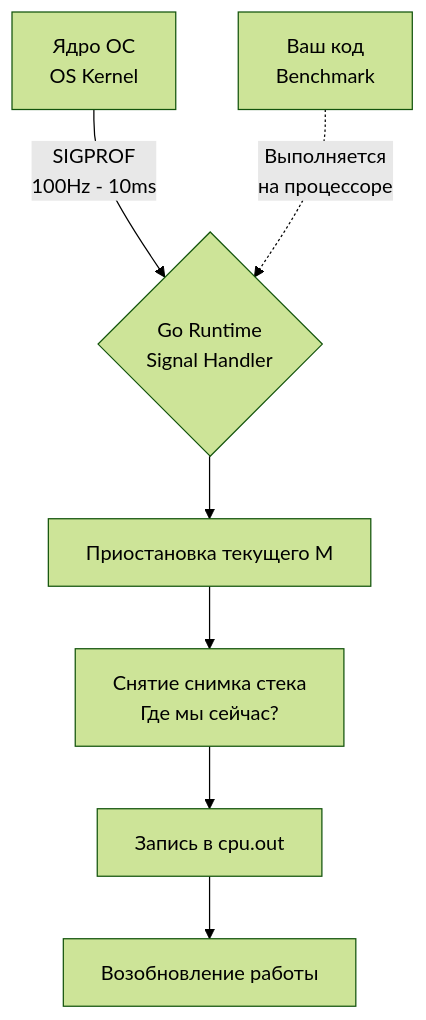
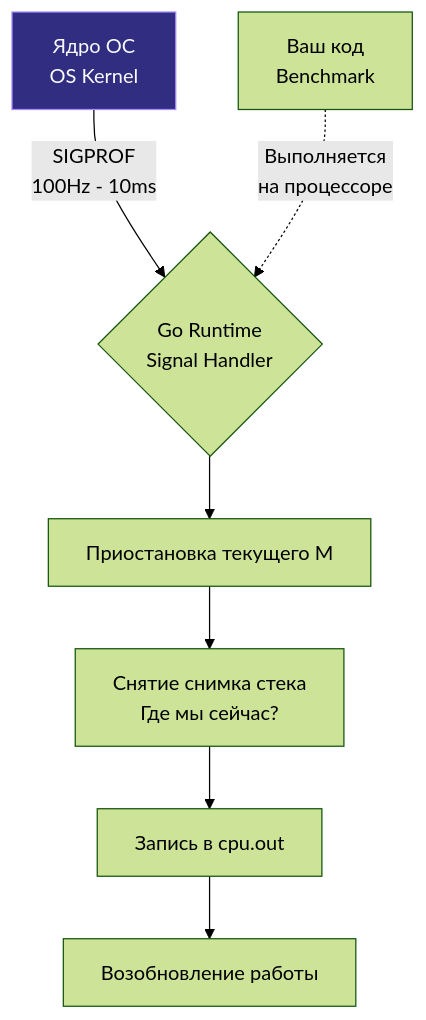
The diagram in sources/15. Тестирование в Go (QA & Testing)/09. Производительность/2. Profiling внутри тестов.md (UnrealTemplier/go-textbook), drawn with Mermaid (forest theme) before and after one commit. The commit also changed 1666 other files, not shown here.

First line of the commit message:
feat(mermaid): add semantic color classDef to 1369 colorless flowchart/graph diagrams

````diff
--- a/sources/15. Тестирование в Go (QA & Testing)/09. Производительность/2. Profiling внутри тестов.md
+++ b/sources/15. Тестирование в Go (QA & Testing)/09. Производительность/2. Profiling внутри тестов.md
@@ -51,10 +51,20 @@
 ```mermaid
 flowchart TD
-    A["Ядро ОС<br>OS Kernel"] -->|"SIGPROF<br>100Hz - 10ms"| B{"Go Runtime<br>Signal Handler"}
+    classDef process  fill:#1e293b,stroke:#38bdf8,stroke-width:1px,color:#f8fafc
+    classDef success  fill:#064e3b,stroke:#34d399,stroke-width:1px,color:#f8fafc
+    classDef error    fill:#7f1d1d,stroke:#f87171,stroke-width:1px,color:#f8fafc
+    classDef warning  fill:#78350f,stroke:#fbbf24,stroke-width:1px,color:#f8fafc
+    classDef entry    fill:#1e3a5f,stroke:#38bdf8,stroke-width:2px,color:#f8fafc
+    classDef aux      fill:#334155,stroke:#64748b,stroke-width:1px,color:#f8fafc
+    classDef system   fill:#312e81,stroke:#a78bfa,stroke-width:1px,color:#f8fafc
+    classDef data     fill:#132d29,stroke:#2dd4bf,stroke-width:1px,color:#f8fafc
+    classDef network  fill:#881337,stroke:#fb7185,stroke-width:1px,color:#f8fafc
+    classDef accent   fill:#1e1b4b,stroke:#818cf8,stroke-width:1px,color:#f8fafc
+    A["Ядро ОС<br>OS Kernel"]:::system -->|"SIGPROF<br>100Hz - 10ms"| B{"Go Runtime<br>Signal Handler"}
     B --> C["Приостановка текущего M"]
     C --> D["Снятие снимка стека<br>Где мы сейчас?"]
     D --> E["Запись в cpu.out"]
     E --> F["Возобновление работы"]
     
     G["Ваш код<br>Benchmark"] -.->|"Выполняется<br>на процессоре"| B
 ```
````
